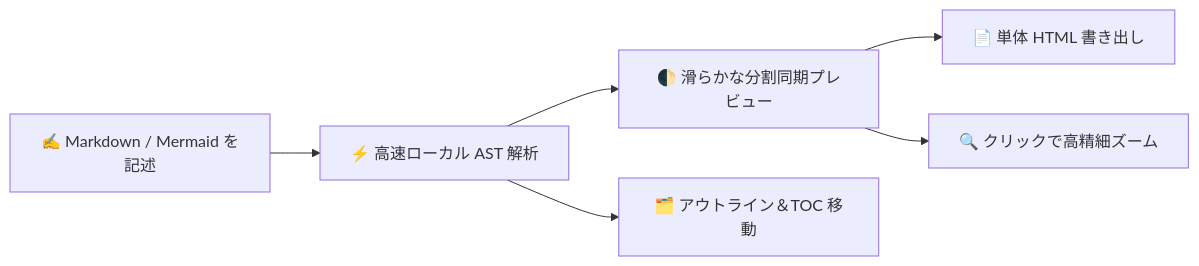
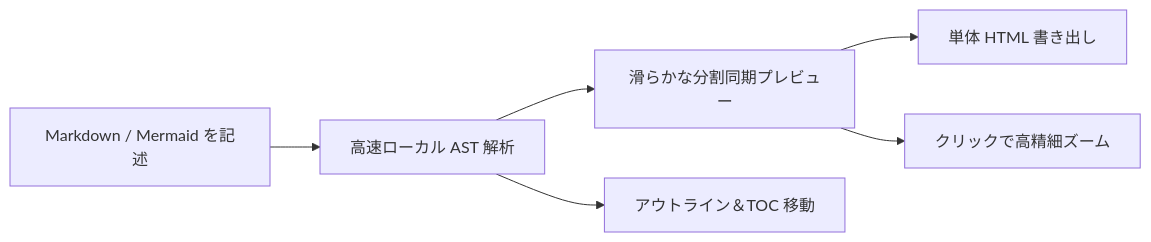
Before and after one commit to 2716190547/zmark: the diagram in crates/zmark_app/assets/welcome/ja.md, drawn with Mermaid. The commit also changed other lines of this file and 9 other files, not shown here.

````diff
--- a/crates/zmark_app/assets/welcome/ja.md
+++ b/crates/zmark_app/assets/welcome/ja.md
@@ -84,8 +84,8 @@
 ```mermaid
 flowchart LR
-    Write["✍️ Markdown / Mermaid を記述"] --> Parse["⚡️ 高速ローカル AST 解析"]
-    Parse --> Split["🌓 滑らかな分割同期プレビュー"]
-    Parse --> Outline["🗂️ アウトライン＆TOC 移動"]
-    Split --> Export["📄 単体 HTML 書き出し"]
-    Split --> Lightbox["🔍 クリックで高精細ズーム"]
+    Write["Markdown / Mermaid を記述"] --> Parse["高速ローカル AST 解析"]
+    Parse --> Split["滑らかな分割同期プレビュー"]
+    Parse --> Outline["アウトライン＆TOC 移動"]
+    Split --> Export["単体 HTML 書き出し"]
+    Split --> Lightbox["クリックで高精細ズーム"]
 ```
````
